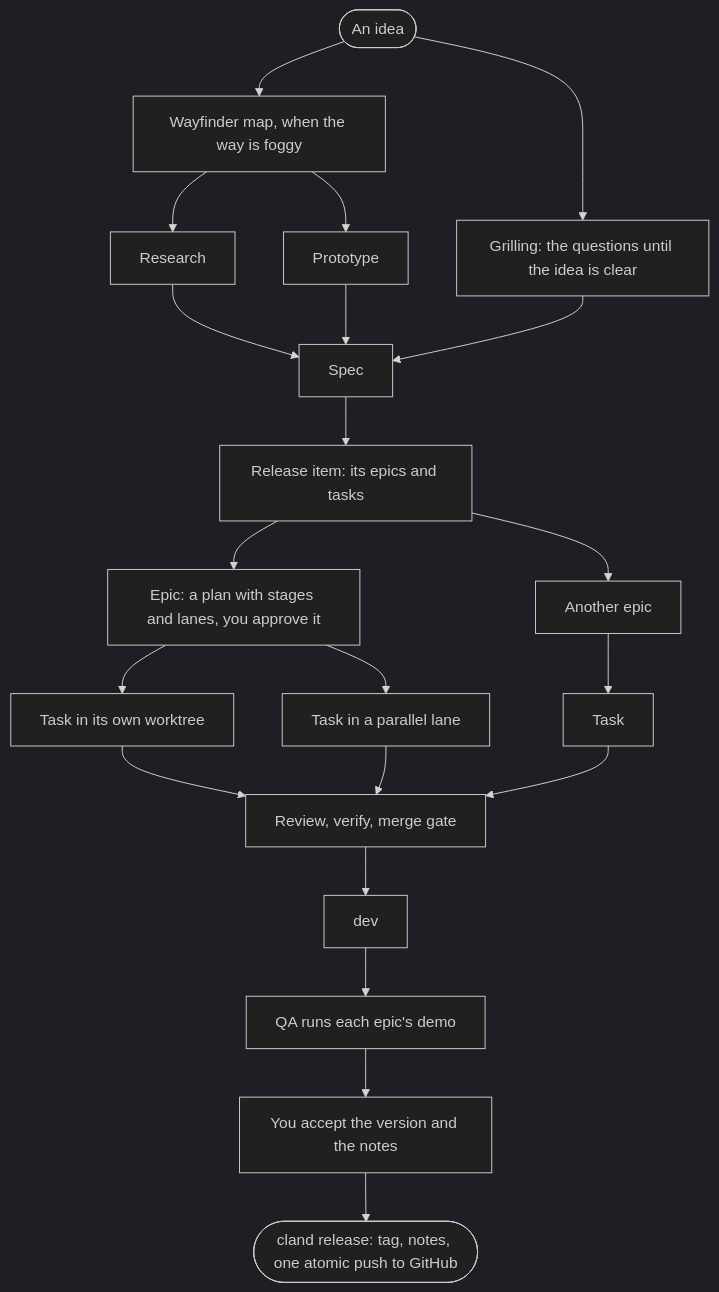
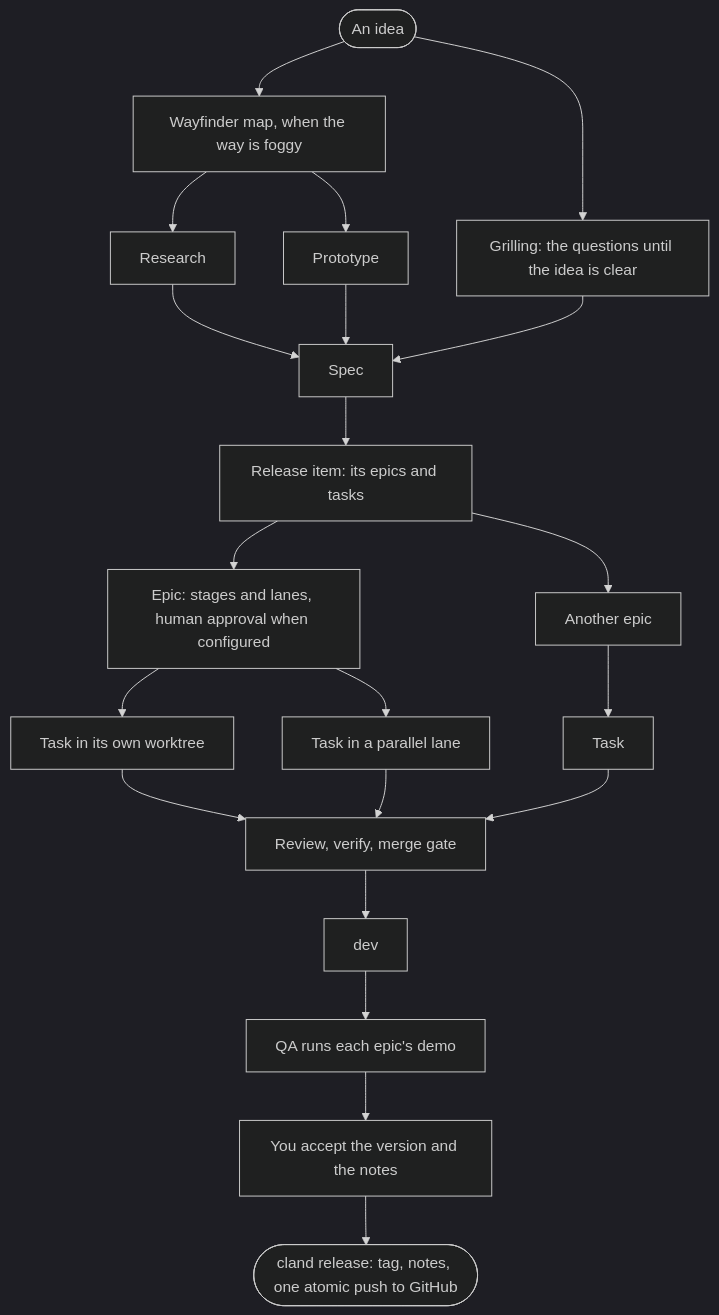
One commit to Kealman/cland-v0 changed the third of 4 diagrams in site/src/content/docs/docs/verification-and-release.mdx. Above: the diagram before and after it, drawn with Mermaid (dark theme). The commit also changed other lines of this file and 18 other files, not shown here.

````diff
--- a/site/src/content/docs/docs/verification-and-release.mdx
+++ b/site/src/content/docs/docs/verification-and-release.mdx
@@ -249,24 +251,24 @@
 ```mermaid
 %% How a release comes together: from an idea through the plan and the build to the push
 flowchart TD
   I(["An idea"]) --> G["Grilling: the questions until the idea is clear"]
   I --> W["Wayfinder map, when the way is foggy"]
   W --> RS["Research"]
   W --> PR["Prototype"]
   RS --> S["Spec"]
   PR --> S
   G --> S
   S --> R["Release item: its epics and tasks"]
-  R --> EA["Epic: a plan with stages and lanes, you approve it"]
+  R --> EA["Epic: stages and lanes, human approval when configured"]
   R --> EB["Another epic"]
   EA --> T1["Task in its own worktree"]
   EA --> T2["Task in a parallel lane"]
   EB --> T3["Task"]
   T1 --> M["Review, verify, merge gate"]
   T2 --> M
   T3 --> M
   M --> D["dev"]
   D --> Q["QA runs each epic's demo"]
   Q --> A["You accept the version and the notes"]
   A --> P(["cland release: tag, notes, one atomic push to GitHub"])
 ```
````
